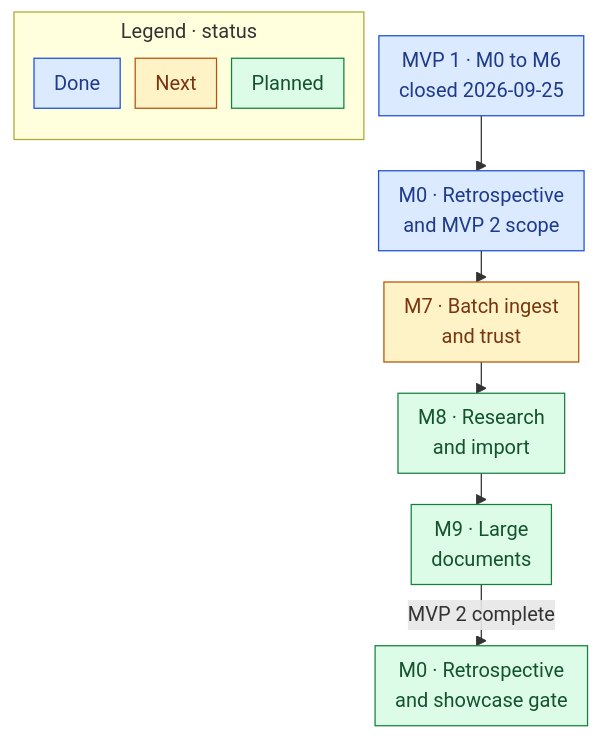
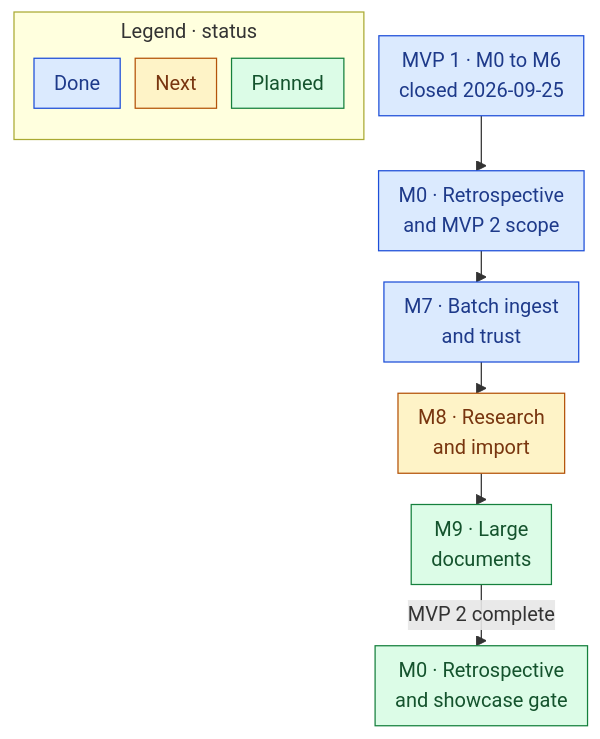
One commit to quocnguyen13/second-brain changed the diagram in mine/projects/thinking-system/21 Roadmap.md. Above: the diagram before and after it, drawn with Mermaid. The commit also changed other lines of this file and 13 other files, not shown here.

````diff
--- a/mine/projects/thinking-system/21 Roadmap.md
+++ b/mine/projects/thinking-system/21 Roadmap.md
@@ -19,21 +19,21 @@
 ```mermaid
 %%{init: {"flowchart": {"curve": "step", "useMaxWidth": true, "nodeSpacing": 12, "rankSpacing": 25, "padding": 8, "subGraphTitleMargin": {"top": 4, "bottom": 8}}}}%%
 flowchart TD
     subgraph LEG["Legend · status"]
         direction TB
         L1["Done"]:::done
         L2["Next"]:::next
         L3["Planned"]:::plan
     end
     V1["MVP 1 · M0 to M6<br/>closed 2026-09-25"]:::done
     PM["M0 · Retrospective<br/>and MVP 2 scope"]:::done
-    M7["M7 · Batch ingest<br/>and trust"]:::next
-    M8["M8 · Research<br/>and import"]:::plan
+    M7["M7 · Batch ingest<br/>and trust"]:::done
+    M8["M8 · Research<br/>and import"]:::next
     M9["M9 · Large<br/>documents"]:::plan
     G["M0 · Retrospective<br/>and showcase gate"]:::plan
     V1 --> PM --> M7 --> M8 --> M9
     M9 -- "MVP 2 complete" --> G
     classDef done fill:#dbeafe,stroke:#1d4ed8,color:#1e3a8a
     classDef next fill:#fef3c7,stroke:#b45309,color:#78350f
     classDef plan fill:#dcfce7,stroke:#15803d,color:#14532d
 ```
````
